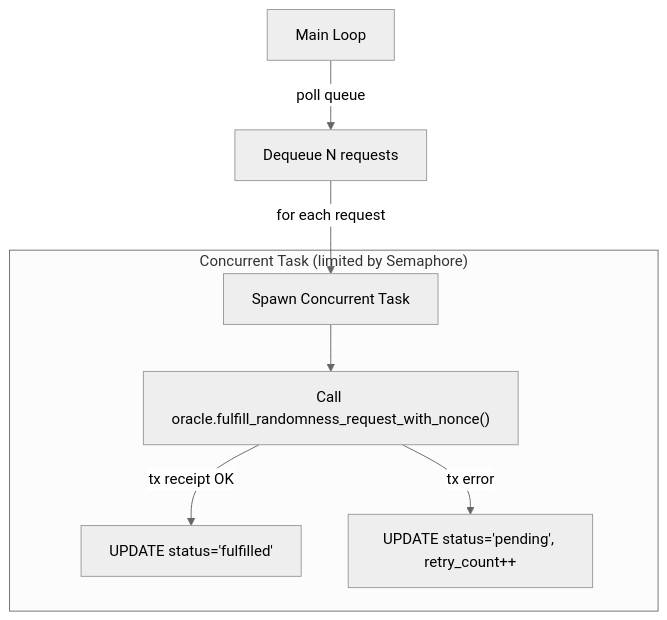
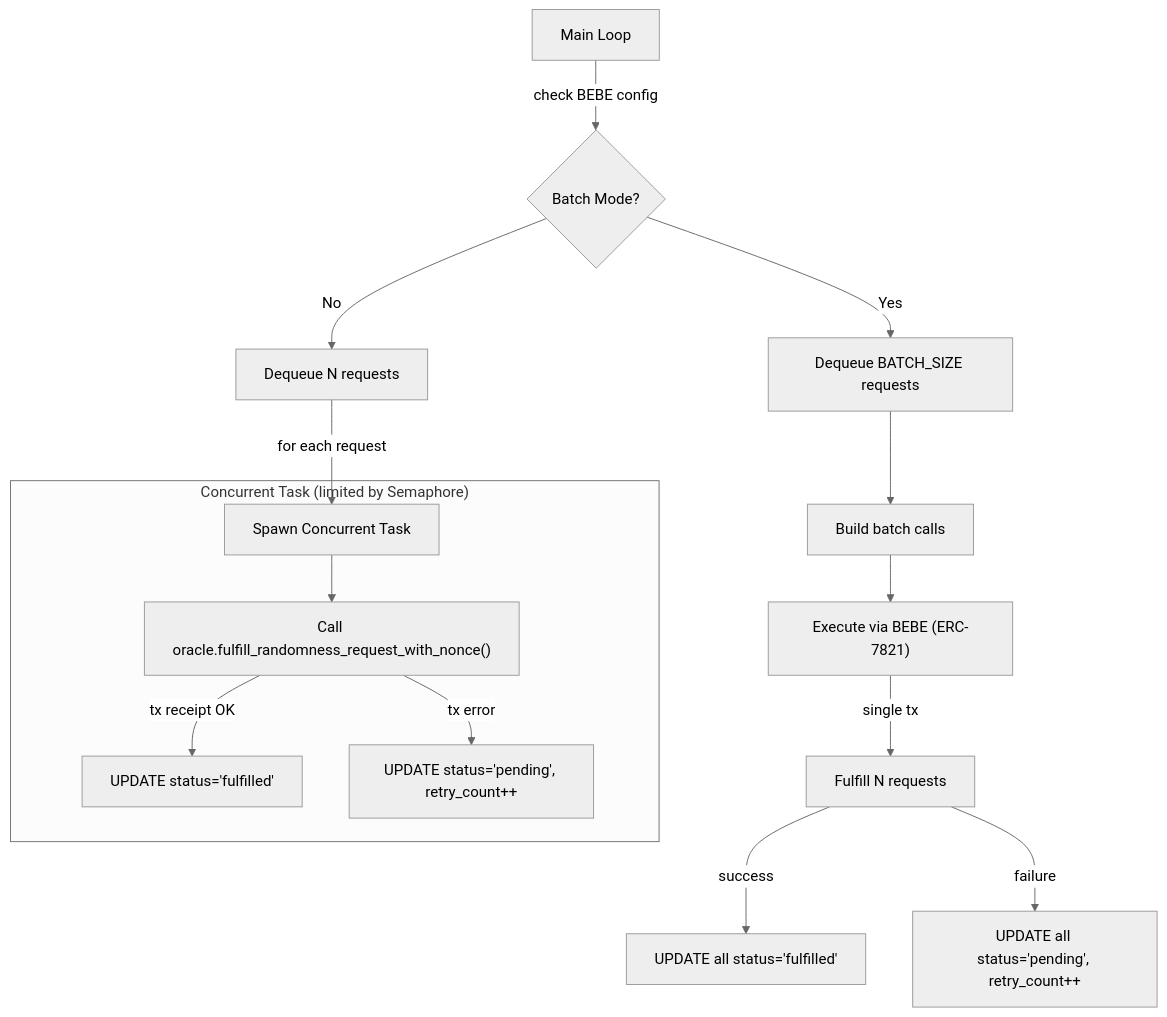
One commit to enitrat/oracle-poc changed the fifth of 6 diagrams in docs/architecture.md. Above: the diagram before and after it, drawn with Mermaid (neutral theme). The commit also changed other lines of this file and 18 other files, not shown here.

````diff
--- a/docs/architecture.md
+++ b/docs/architecture.md
@@ -139,10 +139,19 @@
 ```mermaid
 flowchart TD
-    LP["`Main Loop`"] --> |"poll queue"| DB["`Dequeue N requests`"]
+    LP["`Main Loop`"] --> |"check BEBE config"| MODE{"`Batch Mode?`"}
+
+    MODE -- "Yes" --> BATCH["`Dequeue BATCH_SIZE requests`"]
+    BATCH --> BEBE["`Build batch calls`"]
+    BEBE --> EXEC["`Execute via BEBE (ERC-7821)`"]
+    EXEC -- "single tx" --> MULTI["`Fulfill N requests`"]
+    MULTI -- "success" --> SUB["`UPDATE all status='fulfilled'`"]
+    MULTI -- "failure" --> FLB["`UPDATE all status='pending', retry_count++`"]
+
+    MODE -- "No" --> DB["`Dequeue N requests`"]
     DB --> |"for each request"| P1["`Spawn Concurrent Task`"]
     subgraph "Concurrent Task (limited by Semaphore)"
         P1 --> P2["`Call oracle.fulfill_randomness_request_with_nonce()`"]
         P2 -- "tx receipt OK" --> SU["`UPDATE status='fulfilled'`"]
         P2 -- "tx error" --> FL["`UPDATE status='pending', retry_count++`"]
     end
 ```
````
